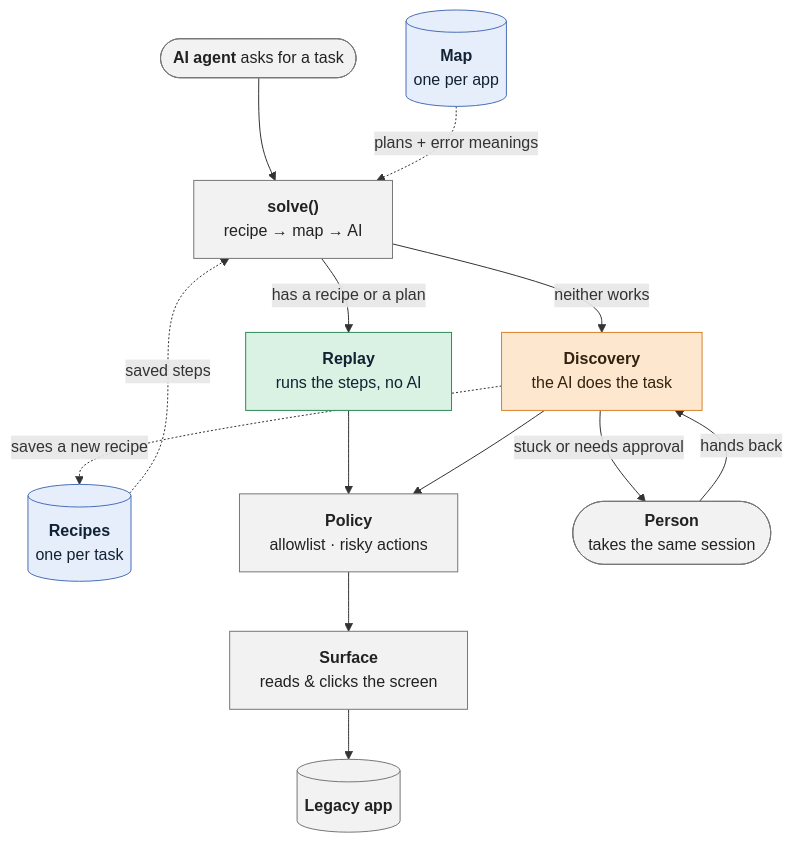
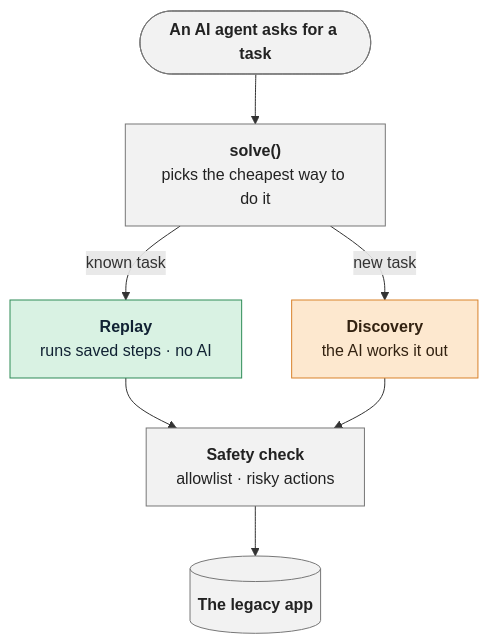
One commit to ayushitomar03/understudy changed the diagram in REPORT.md. Above: the diagram before and after it, drawn with Mermaid. The commit also changed other lines of this file, not shown here.

Commit message:
Simplify the REPORT architecture diagram
The previous version had eleven boxes and crossing dotted lines. It now
shows only the main path: the agent's request, solve(), replay or
discovery, the safety check, and the app. The map, the recipes and the
handoff to a person are mentioned in one sentence underneath instead.

````diff
--- a/REPORT.md
+++ b/REPORT.md
@@ -36,28 +35,16 @@
 ```mermaid
 flowchart TD
-    Caller(["<b>AI agent</b> asks for a task"]) --> Solve["<b>solve()</b><br/>recipe → map → AI"]
+    A(["<b>An AI agent asks for a task</b>"]) --> S["<b>solve()</b><br/>picks the cheapest way to do it"]
+    S -- "known task" --> R["<b>Replay</b><br/>runs saved steps · no AI"]
+    S -- "new task" --> D["<b>Discovery</b><br/>the AI works it out"]
+    R --> P["<b>Safety check</b><br/>allowlist · risky actions"]
+    D --> P
+    P --> L[("<b>The legacy app</b>")]
 
-    Solve -- "has a recipe or a plan" --> Replay["<b>Replay</b><br/>runs the steps, no AI"]
-    Solve -- "neither works" --> Disc["<b>Discovery</b><br/>the AI does the task"]
-
-    Map[("<b>Map</b><br/>one per app")] -. "plans + error meanings" .-> Solve
-    Recipes[("<b>Recipes</b><br/>one per task")] -. "saved steps" .-> Solve
-    Disc -. "saves a new recipe" .-> Recipes
-
-    Replay --> Policy["<b>Policy</b><br/>allowlist · risky actions"]
-    Disc --> Policy
-    Policy --> Surface["<b>Surface</b><br/>reads & clicks the screen"]
-    Surface --> App[("<b>Legacy app</b>")]
-
-    Disc -- "stuck or needs approval" --> Human(["<b>Person</b><br/>takes the same session"])
-    Human -- "hands back" --> Disc
-
+    classDef free fill:#d9f2e3,stroke:#2e8b57,color:#123;
     classDef ai fill:#fde8cf,stroke:#d9822b,color:#321;
-    classDef free fill:#d9f2e3,stroke:#2e8b57,color:#123;
-    classDef store fill:#e6eefc,stroke:#4a6fb5,color:#123;
     classDef other fill:#f2f2f2,stroke:#777,color:#222;
-    class Disc ai;
-    class Replay free;
-    class Map,Recipes store;
-    class Caller,Solve,Policy,Surface,App,Human other;
+    class R free;
+    class D ai;
+    class A,S,P,L other;
 ```
````
